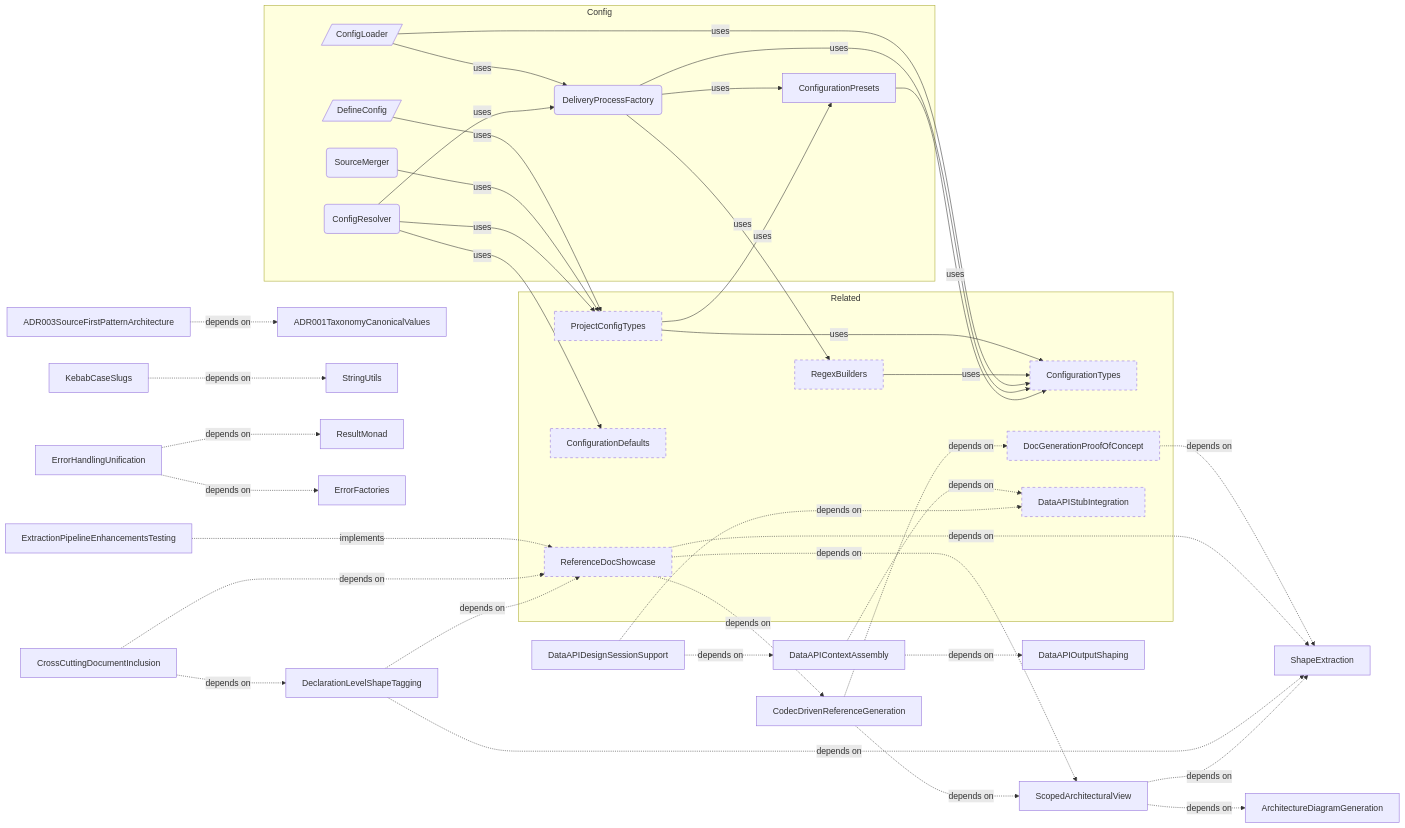
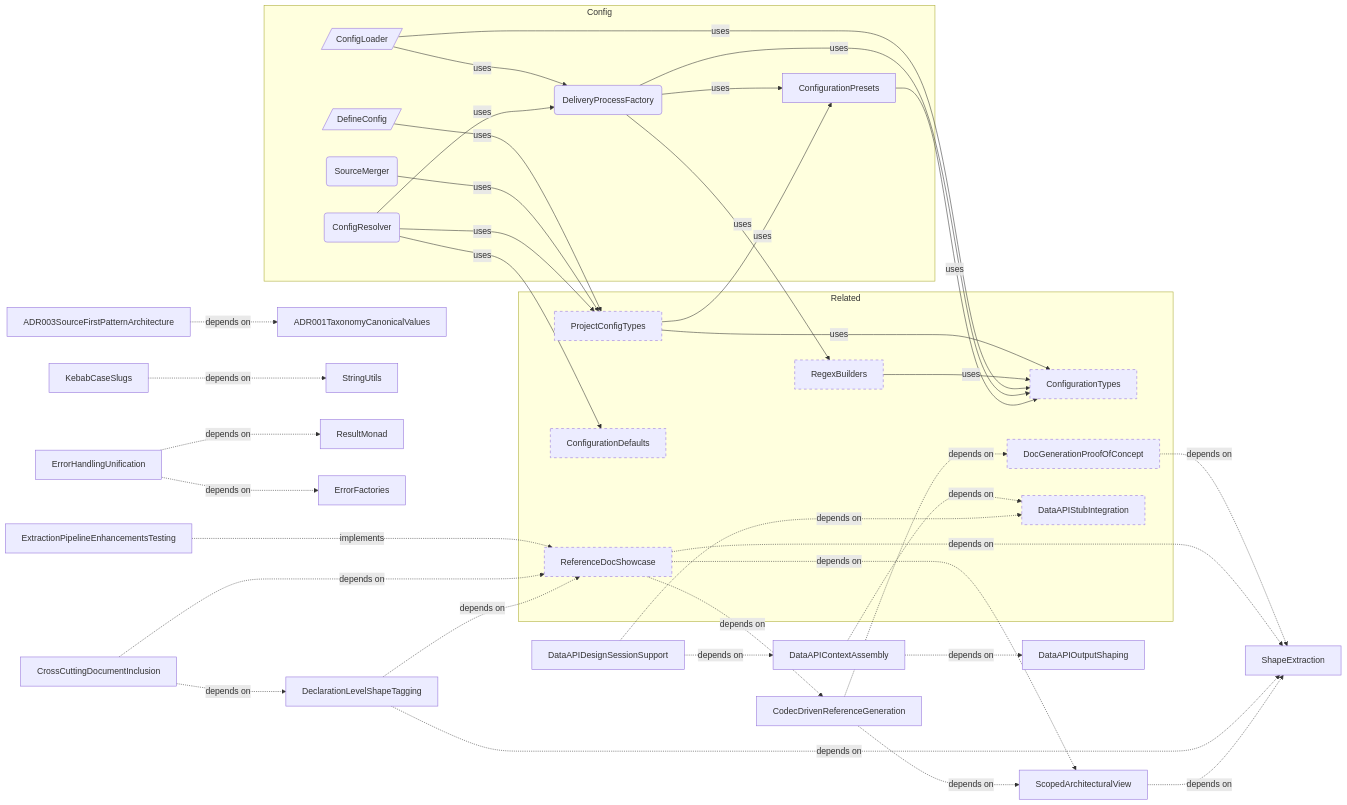
Before and after one commit to libar-dev/architect: the second of 2 diagrams in docs-live/PRODUCT-AREAS.md, drawn with Mermaid. The commit also changed other lines of this file and 118 other files, not shown here.

First line of the commit message:
Migrate orchestrator pipeline to shared factory (roadmap→active)

````diff
--- a/docs-live/PRODUCT-AREAS.md
+++ b/docs-live/PRODUCT-AREAS.md
@@ -177,73 +175,71 @@
 ```mermaid
 graph LR
     subgraph config["Config"]
         ConfigResolver("ConfigResolver")
         ConfigurationPresets["ConfigurationPresets"]
         SourceMerger("SourceMerger")
         DeliveryProcessFactory("DeliveryProcessFactory")
         DefineConfig[/"DefineConfig"/]
         ConfigLoader[/"ConfigLoader"/]
     end
+    ADR003SourceFirstPatternArchitecture["ADR003SourceFirstPatternArchitecture"]
+    ADR001TaxonomyCanonicalValues["ADR001TaxonomyCanonicalValues"]
     ShapeExtraction["ShapeExtraction"]
     ScopedArchitecturalView["ScopedArchitecturalView"]
     DeclarationLevelShapeTagging["DeclarationLevelShapeTagging"]
     DataAPIDesignSessionSupport["DataAPIDesignSessionSupport"]
     DataAPIOutputShaping["DataAPIOutputShaping"]
     DataAPIContextAssembly["DataAPIContextAssembly"]
     CrossCuttingDocumentInclusion["CrossCuttingDocumentInclusion"]
     CodecDrivenReferenceGeneration["CodecDrivenReferenceGeneration"]
-    ArchitectureDiagramGeneration["ArchitectureDiagramGeneration"]
-    ADR003SourceFirstPatternArchitecture["ADR003SourceFirstPatternArchitecture"]
-    ADR001TaxonomyCanonicalValues["ADR001TaxonomyCanonicalValues"]
     StringUtils["StringUtils"]
     ResultMonad["ResultMonad"]
     ErrorFactories["ErrorFactories"]
     ExtractionPipelineEnhancementsTesting["ExtractionPipelineEnhancementsTesting"]
     KebabCaseSlugs["KebabCaseSlugs"]
     ErrorHandlingUnification["ErrorHandlingUnification"]
     subgraph related["Related"]
         ConfigurationTypes["ConfigurationTypes"]:::neighbor
         RegexBuilders["RegexBuilders"]:::neighbor
         ProjectConfigTypes["ProjectConfigTypes"]:::neighbor
         ConfigurationDefaults["ConfigurationDefaults"]:::neighbor
         ReferenceDocShowcase["ReferenceDocShowcase"]:::neighbor
         DocGenerationProofOfConcept["DocGenerationProofOfConcept"]:::neighbor
         DataAPIStubIntegration["DataAPIStubIntegration"]:::neighbor
     end
     ConfigResolver -->|uses| ProjectConfigTypes
     ConfigResolver -->|uses| DeliveryProcessFactory
     ConfigResolver -->|uses| ConfigurationDefaults
     ConfigurationPresets -->|uses| ConfigurationTypes
     SourceMerger -->|uses| ProjectConfigTypes
     DeliveryProcessFactory -->|uses| ConfigurationTypes
     DeliveryProcessFactory -->|uses| ConfigurationPresets
     DeliveryProcessFactory -->|uses| RegexBuilders
     DefineConfig -->|uses| ProjectConfigTypes
     ConfigLoader -->|uses| DeliveryProcessFactory
     ConfigLoader -->|uses| ConfigurationTypes
-    ScopedArchitecturalView -.->|depends on| ArchitectureDiagramGeneration
+    ADR003SourceFirstPatternArchitecture -.->|depends on| ADR001TaxonomyCanonicalValues
     ScopedArchitecturalView -.->|depends on| ShapeExtraction
     DeclarationLevelShapeTagging -.->|depends on| ShapeExtraction
     DeclarationLevelShapeTagging -.->|depends on| ReferenceDocShowcase
     DataAPIDesignSessionSupport -.->|depends on| DataAPIContextAssembly
     DataAPIDesignSessionSupport -.->|depends on| DataAPIStubIntegration
     DataAPIContextAssembly -.->|depends on| DataAPIOutputShaping
     DataAPIContextAssembly -.->|depends on| DataAPIStubIntegration
     CrossCuttingDocumentInclusion -.->|depends on| DeclarationLevelShapeTagging
     CrossCuttingDocumentInclusion -.->|depends on| ReferenceDocShowcase
     CodecDrivenReferenceGeneration -.->|depends on| DocGenerationProofOfConcept
     CodecDrivenReferenceGeneration -.->|depends on| ScopedArchitecturalView
-    ADR003SourceFirstPatternArchitecture -.->|depends on| ADR001TaxonomyCanonicalValues
     ExtractionPipelineEnhancementsTesting ..->|implements| ReferenceDocShowcase
     KebabCaseSlugs -.->|depends on| StringUtils
     ErrorHandlingUnification -.->|depends on| ResultMonad
     ErrorHandlingUnification -.->|depends on| ErrorFactories
     RegexBuilders -->|uses| ConfigurationTypes
     ProjectConfigTypes -->|uses| ConfigurationTypes
     ProjectConfigTypes -->|uses| ConfigurationPresets
     ReferenceDocShowcase -.->|depends on| CodecDrivenReferenceGeneration
     ReferenceDocShowcase -.->|depends on| ScopedArchitecturalView
     ReferenceDocShowcase -.->|depends on| ShapeExtraction
     DocGenerationProofOfConcept -.->|depends on| ShapeExtraction
     classDef neighbor stroke-dasharray: 5 5
 ```
````
